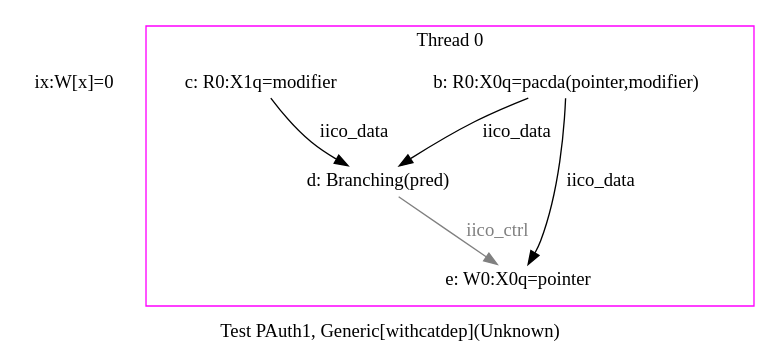
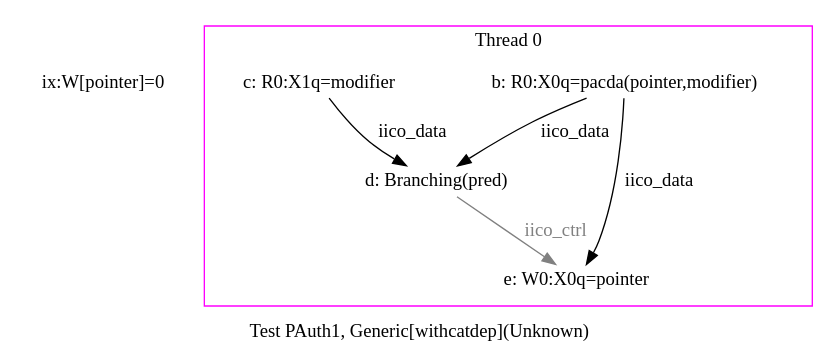
The diagram in pac_tests/notes/pauth2_without_fpac_autda_success.dot (herd/herdtools7), drawn with Graphviz before and after one commit. The commit also changed 7 other files, not shown here.

```diff
--- a/pac_tests/notes/pauth2_without_fpac_autda_success.dot
+++ b/pac_tests/notes/pauth2_without_fpac_autda_success.dot
@@ -1,33 +1,33 @@
 digraph G {
 
 
 /* legend */
 label="Test PAuth1, Generic[withcatdep](Unknown)";
 
 
 /* init events */
-eiid0 [label="ix:W[x]=0", shape="none", fixedsize="false", height="0.194444", width="1.166667"];
+eiid0 [label="ix:W[pointer]=0", shape="none", fixedsize="false", height="0.194444", width="1.166667"];
 
 /* the unlocked events */
 subgraph cluster_proc0 { rank=sink; label = "Thread 0"; color=magenta; shape=box;
 eiid1 [label="b: R0:X0q=pacda(pointer,modifier)", shape="none", fixedsize="false", height="0.194444", width="1.555556"];
 eiid2 [label="c: R0:X1q=modifier", shape="none", fixedsize="false", height="0.194444", width="1.750000"];
 eiid3 [label="d: Branching(pred)", shape="none", fixedsize="false", height="0.194444", width="2.916667"];
 eiid4 [label="e: W0:X0q=pointer", shape="none", fixedsize="false", height="0.194444", width="1.555556"];
 }
 
 /* the intra_causality_data edges */
 
 eiid1 -> eiid3 [label="iico_data", color="black", fontcolor="black"];
 eiid1 -> eiid4 [label="iico_data", color="black", fontcolor="black"];
 eiid2 -> eiid3 [label="iico_data", color="black", fontcolor="black"];
 
 /* the intra_causality_control edges */
 eiid3 -> eiid4 [label="iico_ctrl", color="grey", fontcolor="grey"];
 
 /* the poi edges */
 /* the rfmap edges */
 
 
 /* The viewed-before edges */
 }
```
